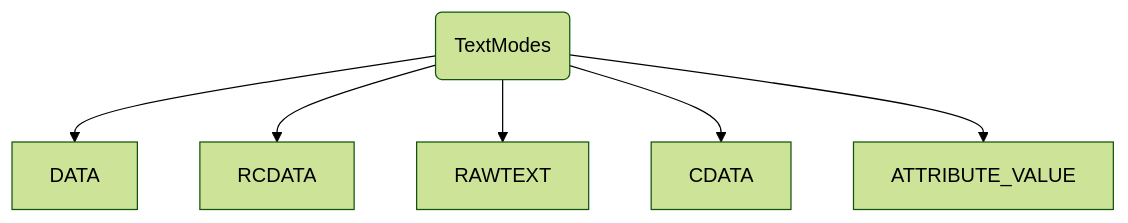
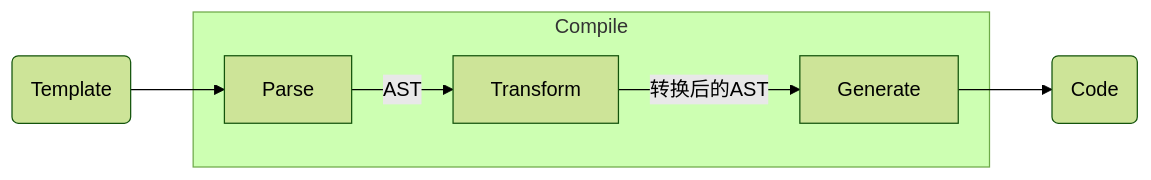
One commit to LiHowe/h-wiki changed the diagram in blog/CO.程序员/FE.前端/Vue/Ver.3/源码解析/Compiler.md. Above: the diagram before and after it, drawn with Mermaid (forest theme). The commit also changed other lines of this file and 2 other files, not shown here.

````diff
--- a/blog/CO.程序员/FE.前端/Vue/Ver.3/源码解析/Compiler.md
+++ b/blog/CO.程序员/FE.前端/Vue/Ver.3/源码解析/Compiler.md
@@ -65,8 +11,8 @@
 ```mermaid
-graph TD
-	S(TextModes) --> DATA
-	S --> RCDATA
-	S --> RAWTEXT
-	S --> CDATA
-	S --> ATTRIBUTE_VALUE
+graph LR
+	S(Template) --> Parse
+	Generate --> E(Code)
+	subgraph Compile
+	Parse --AST--> Transform --转换后的AST--> Generate
+	end
 ```
````
